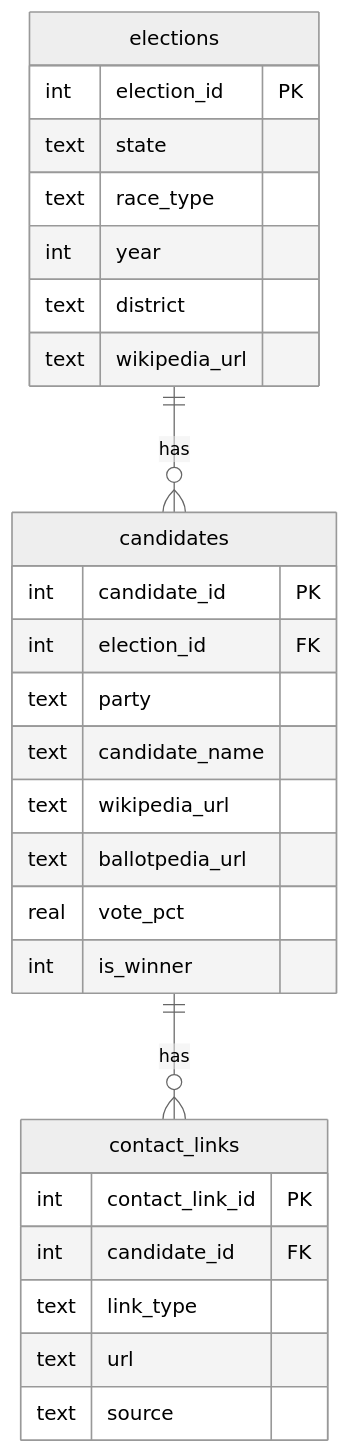
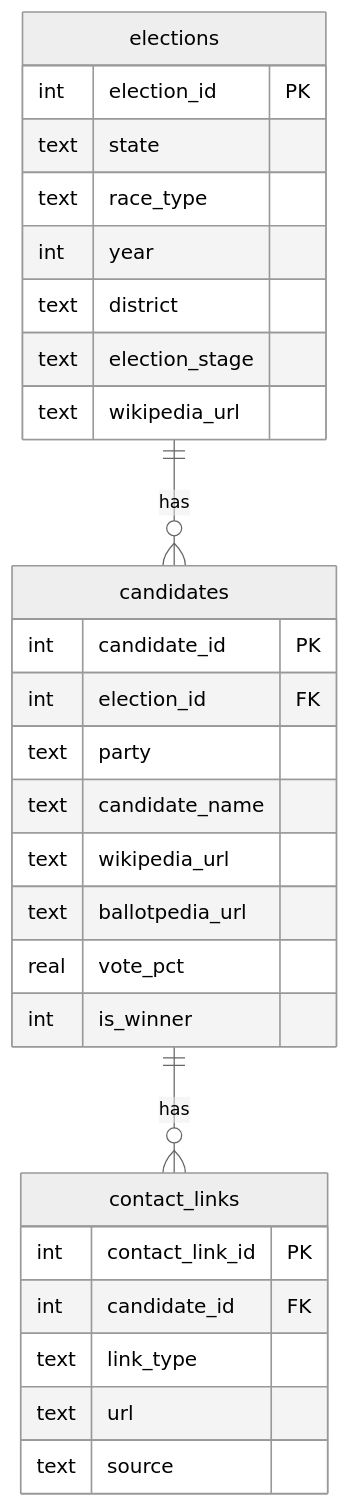
Before and after one commit to WeberLab-UW/campLinks: the diagram in README.md, drawn with Mermaid. The commit also changed other lines of this file and 28 other files, not shown here.

````diff
--- a/README.md
+++ b/README.md
@@ -7,37 +7,38 @@
 ```mermaid
 ---
 config:
   theme: neutral
 ---
 erDiagram
     elections ||--o{ candidates : has
     candidates ||--o{ contact_links : has
 
     elections {
         int election_id PK
         text state
         text race_type
         int year
         text district
+        text election_stage
         text wikipedia_url
     }
 
     candidates {
         int candidate_id PK
         int election_id FK
         text party
         text candidate_name
         text wikipedia_url
         text ballotpedia_url
         real vote_pct
         int is_winner
     }
 
     contact_links {
         int contact_link_id PK
         int candidate_id FK
         text link_type
         text url
         text source
     }
 ```
````
